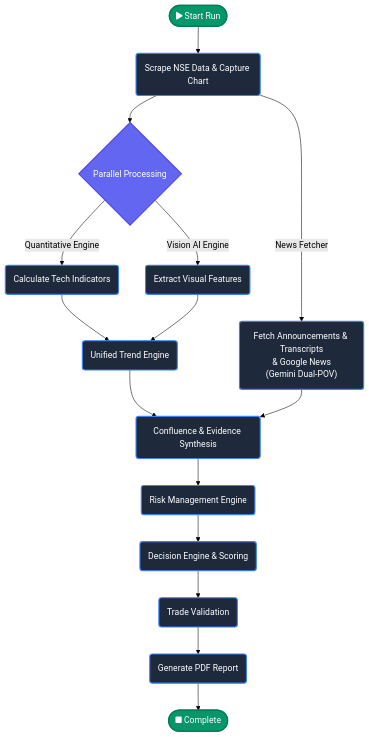
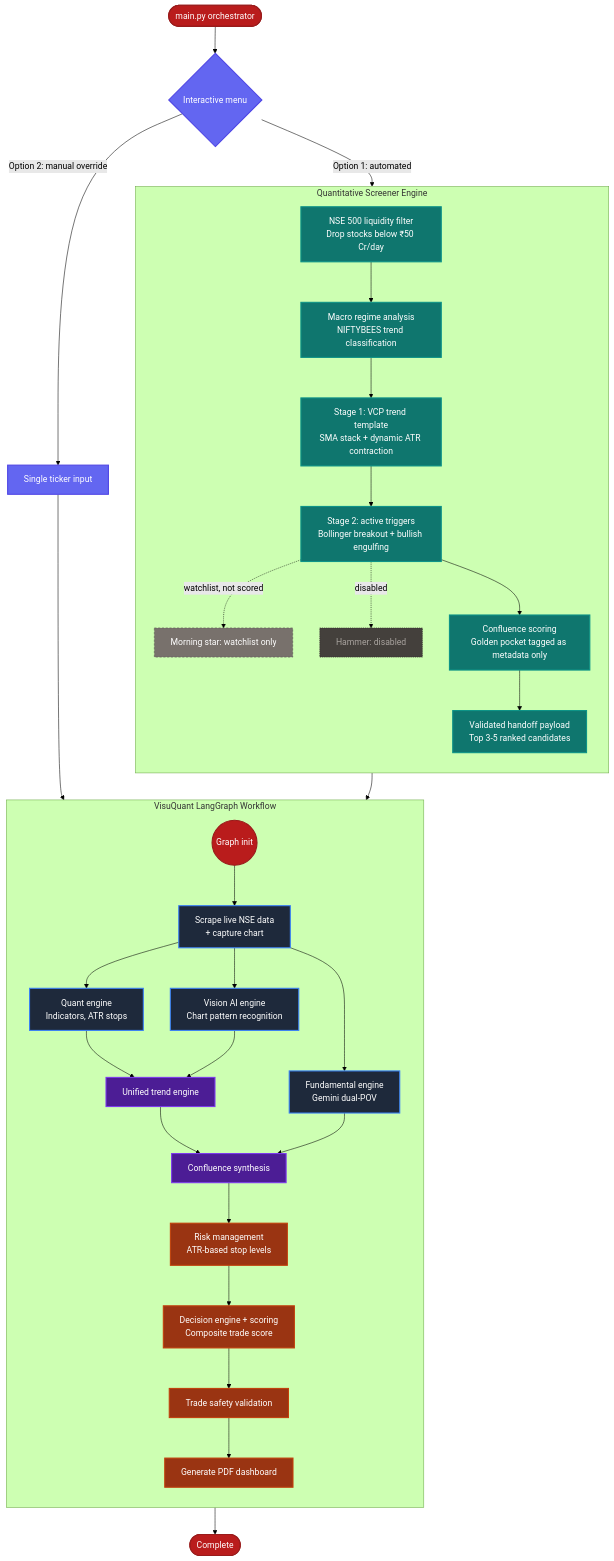
One commit to rushabhkhandhar/VisuQuant changed the diagram in README.md. Above: the diagram before and after it, drawn with Mermaid (forest theme). The commit also changed other lines of this file and 4 other files, not shown here.

````diff
--- a/README.md
+++ b/README.md
@@ -13,27 +13,61 @@
 ```mermaid
-graph TD
-    %% Main Pipeline
-    Start([fa:fa-play Start Run]) --> A(Scrape NSE Data & Capture Chart)
-    A --> B{Parallel Processing}
-    B -->|Quantitative Engine| C(Calculate Tech Indicators)
-    B -->|Vision AI Engine| D(Extract Visual Features)
-    C --> E(Unified Trend Engine)
-    D --> E
-    E --> F(Confluence & Evidence Synthesis)
-    A -->|News Fetcher| News("Fetch Announcements & Transcripts<br>& Google News<br>(Gemini Dual-POV)")
-    News --> F
-    F --> G(Risk Management Engine)
-    G --> H(Decision Engine & Scoring)
-    H --> I(Trade Validation)
-    I --> J(Generate PDF Report)
-    J --> End([fa:fa-stop Complete])
+flowchart TB
+    Start([main.py orchestrator]) --> Menu{Interactive menu}
 
-    %% Styling
-    classDef node fill:#1e293b,stroke:#3b82f6,stroke-width:2px,color:#fff;
-    classDef startend fill:#059669,stroke:#047857,stroke-width:2px,color:#fff;
-    classDef parallel fill:#6366f1,stroke:#4f46e5,stroke-width:2px,color:#fff;
-    
-    class A,C,D,E,F,G,H,I,J node;
-    class Start,End startend;
-    class B parallel;
+    Menu -->|Option 2: manual override| MT[Single ticker input]
+    Menu -->|Option 1: automated| S1
+
+    subgraph Screener["Quantitative Screener Engine"]
+        direction TB
+        S1[NSE 500 liquidity filter<br/>Drop stocks below ₹50 Cr/day] --> S2[Macro regime analysis<br/>NIFTYBEES trend classification]
+        S2 --> S3[Stage 1: VCP trend template<br/>SMA stack + dynamic ATR contraction]
+        S3 --> S4[Stage 2: active triggers<br/>Bollinger breakout + bullish engulfing]
+        S4 -. watchlist, not scored .-> S4w[Morning star: watchlist only]
+        S4 -. disabled .-> S4d[Hammer: disabled]
+        S4 --> S5[Confluence scoring<br/>Golden pocket tagged as metadata only]
+        S5 --> S6[Validated handoff payload<br/>Top 3-5 ranked candidates]
+    end
+
+    S6 --> VQ_Init
+    MT --> VQ_Init
+
+    subgraph VisuQuant["VisuQuant LangGraph Workflow"]
+        direction TB
+        VQ_Init((Graph init)) --> Capture[Scrape live NSE data<br/>+ capture chart]
+
+        Capture --> Quant[Quant engine<br/>Indicators, ATR stops]
+        Capture --> Vision[Vision AI engine<br/>Chart pattern recognition]
+        Capture --> Fund[Fundamental engine<br/>Gemini dual-POV]
+
+        Quant --> Unified[Unified trend engine]
+        Vision --> Unified
+
+        Unified --> Confluence[Confluence synthesis]
+        Fund --> Confluence
+
+        Confluence --> Risk[Risk management<br/>ATR-based stop levels]
+        Risk --> Decision[Decision engine + scoring<br/>Composite trade score]
+        Decision --> Safety[Trade safety validation]
+        Safety --> PDF[Generate PDF dashboard]
+    end
+
+    PDF --> End([Complete])
+
+    classDef screener fill:#0f766e,stroke:#0d9488,stroke-width:2px,color:#fff
+    classDef watchlist fill:#78716c,stroke:#57534e,stroke-width:1px,color:#fff,stroke-dasharray: 4 3
+    classDef disabled fill:#44403c,stroke:#292524,stroke-width:1px,color:#a8a29e,stroke-dasharray: 2 2
+    classDef node fill:#1e293b,stroke:#3b82f6,stroke-width:2px,color:#fff
+    classDef synthesis fill:#4c1d95,stroke:#7c3aed,stroke-width:2px,color:#fff
+    classDef output fill:#9a3412,stroke:#c2410c,stroke-width:2px,color:#fff
+    classDef startend fill:#b91c1c,stroke:#991b1b,stroke-width:2px,color:#fff
+    classDef menu fill:#6366f1,stroke:#4f46e5,stroke-width:2px,color:#fff
+
+    class S1,S2,S3,S4,S5,S6 screener
+    class S4w watchlist
+    class S4d disabled
+    class Capture,Quant,Vision,Fund node
+    class Unified,Confluence synthesis
+    class Risk,Decision,Safety,PDF output
+    class Start,End,VQ_Init startend
+    class Menu,MT menu
 ```
````
